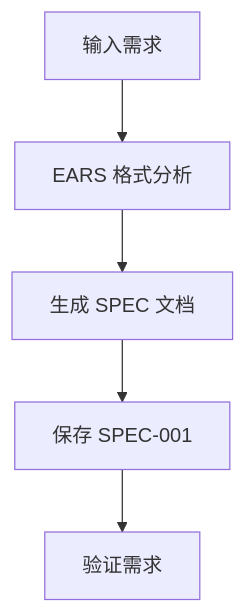
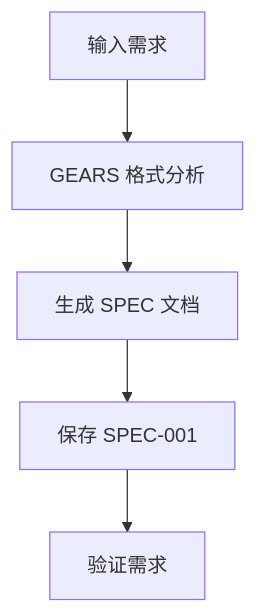
The second of 9 diagrams in docs-site/content/zh/getting-started/quickstart.md (modu-ai/moai-adk), drawn with Mermaid before and after one commit. The commit also changed other lines of this file and 15 other files, not shown here.

````diff
--- a/docs-site/content/zh/getting-started/quickstart.md
+++ b/docs-site/content/zh/getting-started/quickstart.md
@@ -97,7 +97,7 @@
 ```mermaid
 flowchart TB
-    A["输入需求"] --> B["EARS 格式分析"]
+    A["输入需求"] --> B["GEARS 格式分析"]
     B --> C["生成 SPEC 文档"]
     C --> D["保存 SPEC-001"]
     D --> E["验证需求"]
 ```
````
